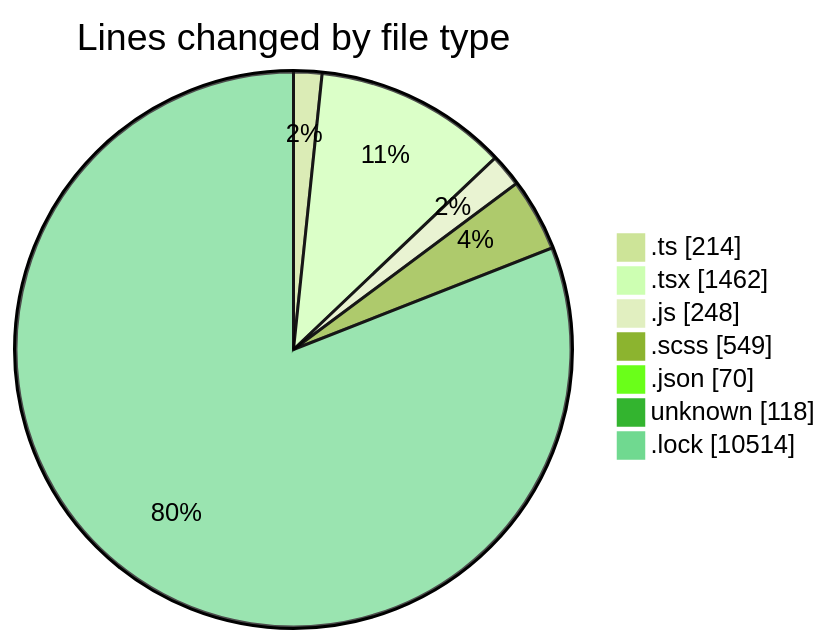
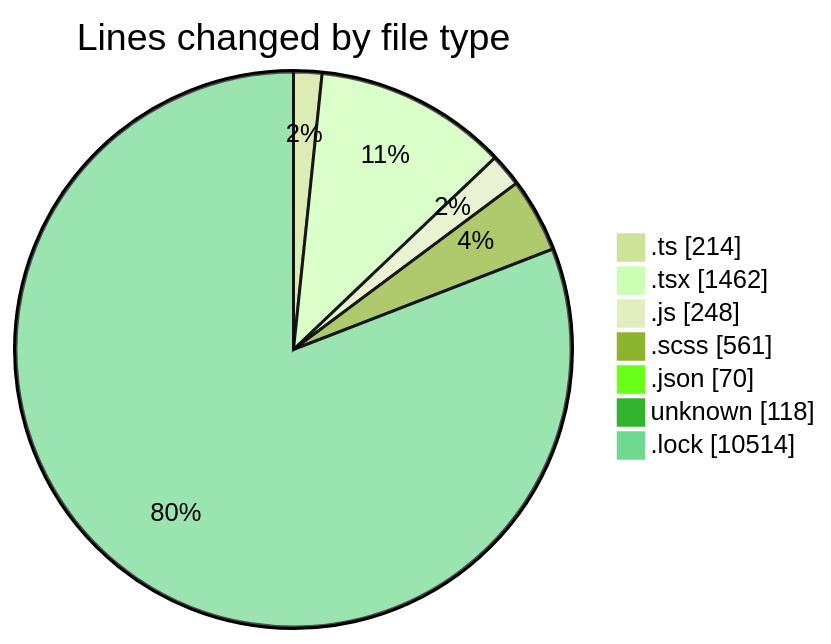
One commit to momahboobian/code-tracking changed the first of 2 diagrams in 2026-05-08/cda/README.md. Above: the diagram before and after it, drawn with Mermaid (forest theme). The commit also changed other lines of this file and 1 other file, not shown here.

````diff
--- a/2026-05-08/cda/README.md
+++ b/2026-05-08/cda/README.md
@@ -42,11 +42,11 @@
 ```mermaid
 pie showData
 title Lines changed by file type
 ".ts" : 214
 ".tsx" : 1462
 ".js" : 248
-".scss" : 549
+".scss" : 561
 ".json" : 70
 "unknown" : 118
 ".lock" : 10514
 ```
````
